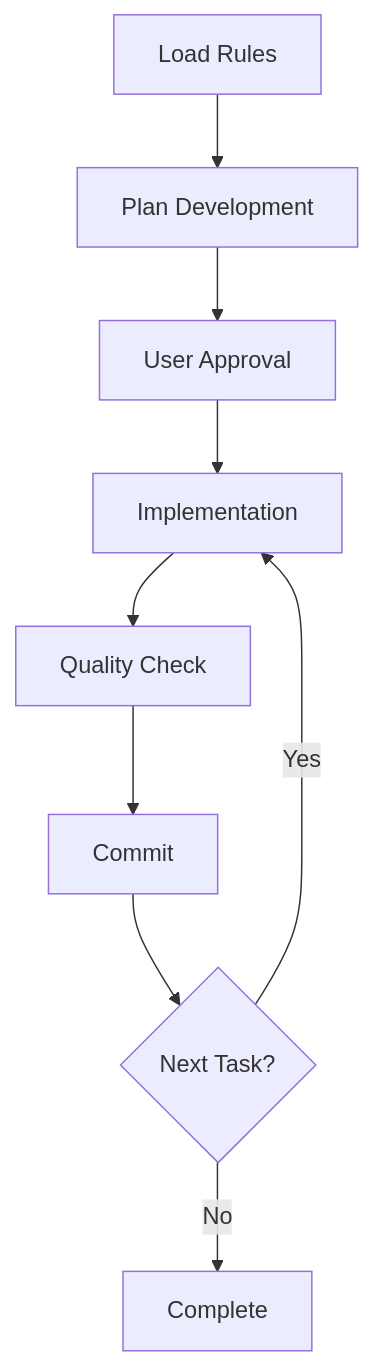
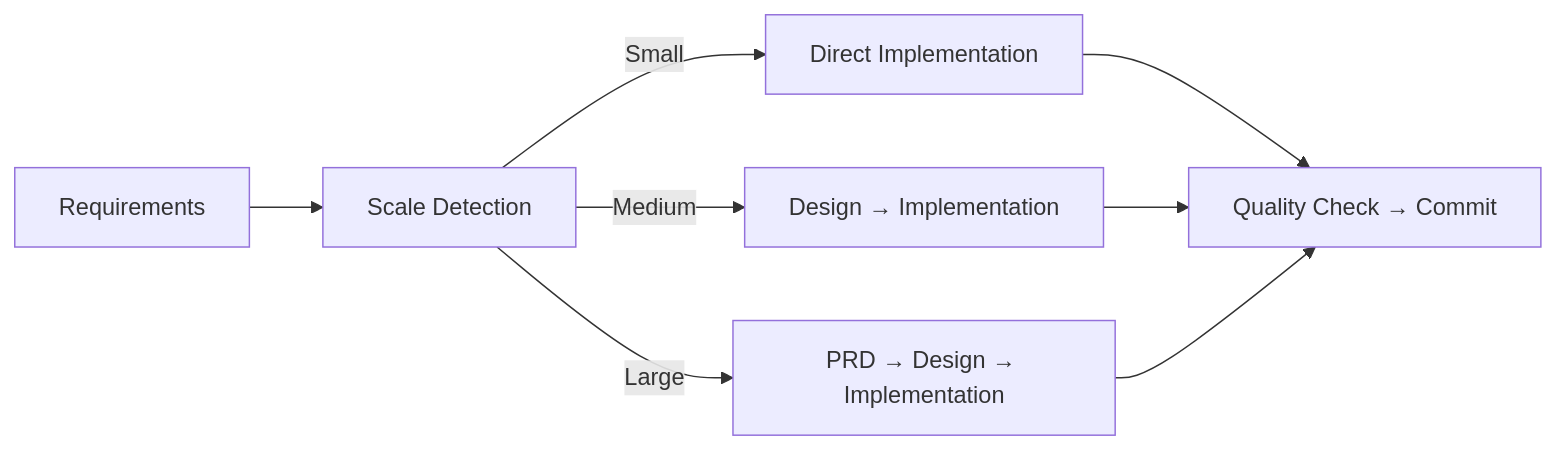
One commit to shinpr/ai-coding-project-boilerplate changed the diagram in README.md. Above: the diagram before and after it, drawn with Mermaid. The commit also changed other lines of this file and 4 other files, not shown here.

````diff
--- a/README.md
+++ b/README.md
@@ -232,11 +112,11 @@
 ```mermaid
-graph TD
-    A[Load Rules] --> B[Plan Development]
-    B --> C[User Approval]
-    C --> D[Implementation]
-    D --> E[Quality Check]
-    E --> F[Commit]
-    F --> G{Next Task?}
-    G -->|Yes| D
-    G -->|No| H[Complete]
+graph LR
+    A[Requirements] --> B[Scale Detection]
+    B -->|Small| C[Direct Implementation]
+    B -->|Medium| D[Design → Implementation]
+    B -->|Large| E[PRD → Design → Implementation]
+    
+    C --> F[Quality Check → Commit]
+    D --> F
+    E --> F
 ```
````
